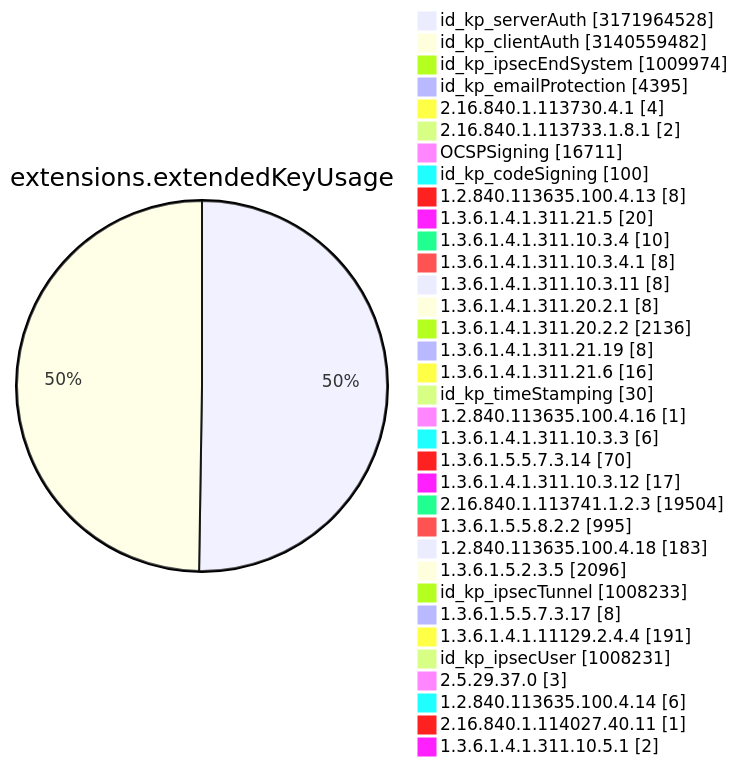
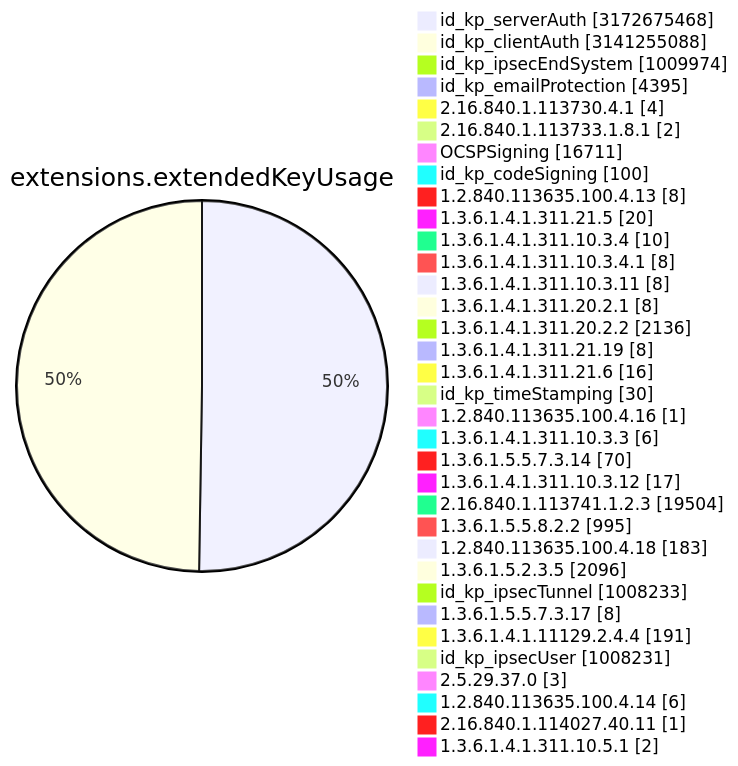
Before and after one commit to christiankrug/ctmonitor_visualization: diagram 11 of 15 in TOTAL/README.md, drawn with Mermaid. The commit also changed other lines of this file, not shown here.

````diff
--- a/TOTAL/README.md
+++ b/TOTAL/README.md
@@ -4119,38 +4119,38 @@
 ```mermaid
 pie showData
 title extensions.extendedKeyUsage
-"id_kp_serverAuth" :3171964528
-"id_kp_clientAuth" :3140559482
+"id_kp_serverAuth" :3172675468
+"id_kp_clientAuth" :3141255088
 "id_kp_ipsecEndSystem" :1009974
 "id_kp_emailProtection" :4395
 "2.16.840.1.113730.4.1" :4
 "2.16.840.1.113733.1.8.1" :2
 "OCSPSigning" :16711
 "id_kp_codeSigning" :100
 "1.2.840.113635.100.4.13" :8
 "1.3.6.1.4.1.311.21.5" :20
 "1.3.6.1.4.1.311.10.3.4" :10
 "1.3.6.1.4.1.311.10.3.4.1" :8
 "1.3.6.1.4.1.311.10.3.11" :8
 "1.3.6.1.4.1.311.20.2.1" :8
 "1.3.6.1.4.1.311.20.2.2" :2136
 "1.3.6.1.4.1.311.21.19" :8
 "1.3.6.1.4.1.311.21.6" :16
 "id_kp_timeStamping" :30
 "1.2.840.113635.100.4.16" :1
 "1.3.6.1.4.1.311.10.3.3" :6
 "1.3.6.1.5.5.7.3.14" :70
 "1.3.6.1.4.1.311.10.3.12" :17
 "2.16.840.1.113741.1.2.3" :19504
 "1.3.6.1.5.5.8.2.2" :995
 "1.2.840.113635.100.4.18" :183
 "1.3.6.1.5.2.3.5" :2096
 "id_kp_ipsecTunnel" :1008233
 "1.3.6.1.5.5.7.3.17" :8
 "1.3.6.1.4.1.11129.2.4.4" :191
 "id_kp_ipsecUser" :1008231
 "2.5.29.37.0" :3
 "1.2.840.113635.100.4.14" :6
 "2.16.840.1.114027.40.11" :1
 "1.3.6.1.4.1.311.10.5.1" :2
 ```
````
